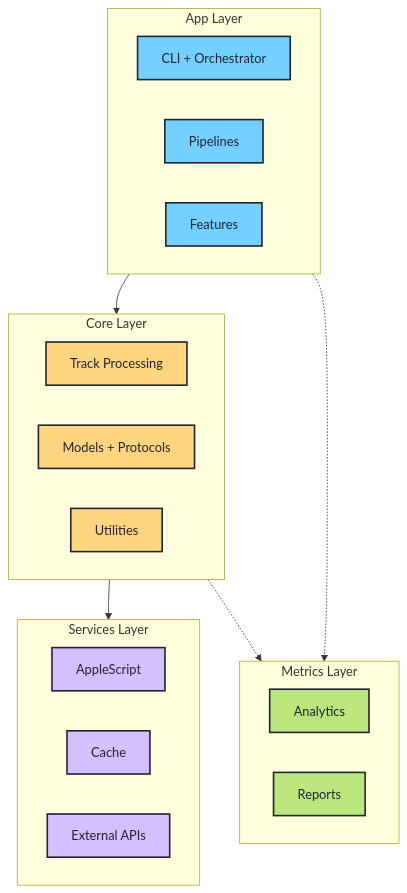
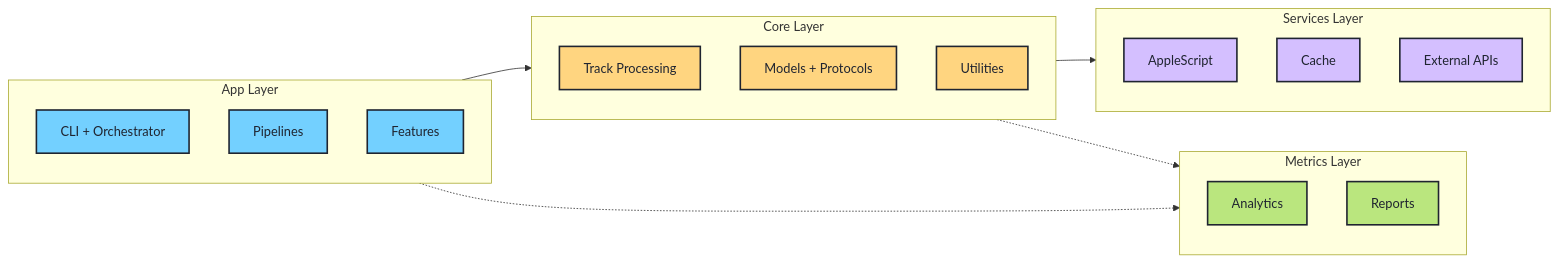
The first of 5 diagrams in README.md (barad1tos/GenreUpdater), drawn with Mermaid before and after one commit.

Commit message:
docs(readme): horizontal overview diagram
1. Fix: Reduce wasted vertical space
   → README.md (overview diagram)
   - Mechanism: change graph TB to graph LR
   - Evidence: screenshot showed vertical layout

Impact: overview diagram now compact horizontal

````diff
--- a/README.md
+++ b/README.md
@@ -335,43 +335,38 @@
 ```mermaid
-graph TB
+graph LR
     subgraph App["App Layer"]
-        direction LR
         A1[CLI + Orchestrator]
         A2[Pipelines]
         A3[Features]
     end
 
     subgraph Core["Core Layer"]
-        direction LR
         C1[Track Processing]
         C2[Models + Protocols]
         C3[Utilities]
     end
 
     subgraph Services["Services Layer"]
-        direction LR
         S1[AppleScript]
         S2[Cache]
         S3[External APIs]
     end
 
     subgraph Metrics["Metrics Layer"]
-        direction LR
         M1[Analytics]
         M2[Reports]
     end
 
-    App --> Core
-    Core --> Services
+    App --> Core --> Services
     App -.-> Metrics
     Core -.-> Metrics
 
     classDef appLayer fill:#73D0FF,stroke:#1F2430,stroke-width:2px,color:#1F2430
     classDef coreLayer fill:#FFD580,stroke:#1F2430,stroke-width:2px,color:#1F2430
     classDef servicesLayer fill:#D4BFFF,stroke:#1F2430,stroke-width:2px,color:#1F2430
     classDef metricsLayer fill:#BAE67E,stroke:#1F2430,stroke-width:2px,color:#1F2430
     class A1,A2,A3 appLayer
     class C1,C2,C3 coreLayer
     class S1,S2,S3 servicesLayer
     class M1,M2 metricsLayer
 ```
````
